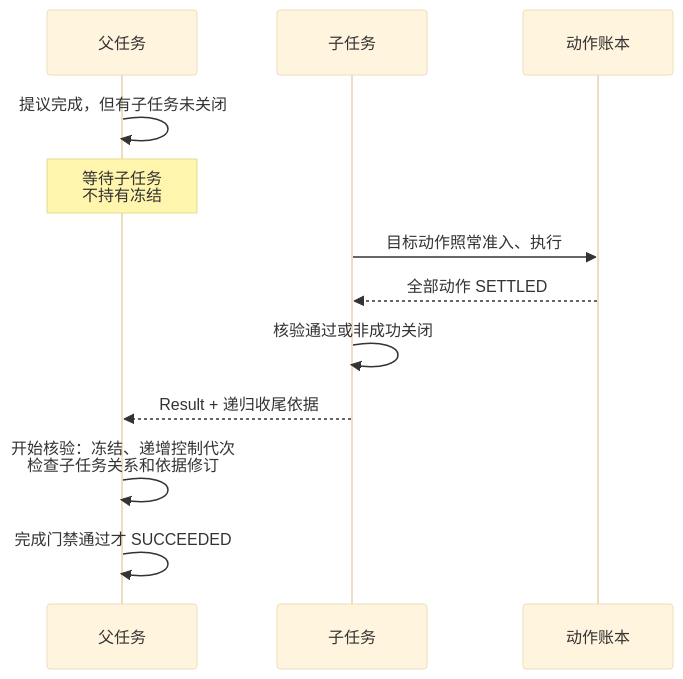
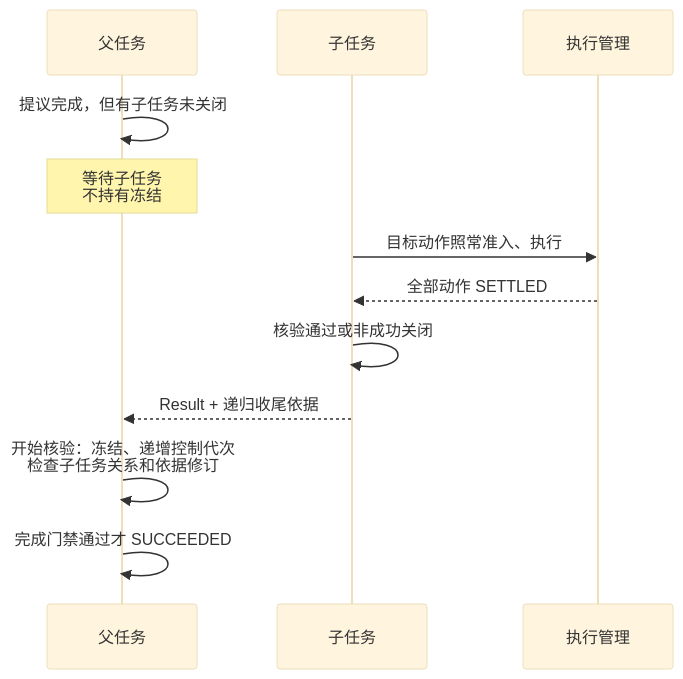
One commit to ruipengliu/lerna changed the second of 3 diagrams in docs/architecture/core/tasks/README.md. Above: the diagram before and after it, drawn with Mermaid (base theme). The commit also changed other lines of this file and 48 other files, not shown here.

Commit message:
docs: clarify architecture contracts and diagrams

````diff
--- a/docs/architecture/core/tasks/README.md
+++ b/docs/architecture/core/tasks/README.md
@@ -309,14 +312,14 @@
 ```mermaid
 sequenceDiagram
     participant P as 父任务
     participant C as 子任务
-    participant L as 动作账本
+    participant L as 执行管理
     P->>P: 提议完成，但有子任务未关闭
     Note over P: 等待子任务<br/>不持有冻结
     C->>L: 目标动作照常准入、执行
     L-->>C: 全部动作 SETTLED
     C->>C: 核验通过或非成功关闭
     C-->>P: Result + 递归收尾依据
     P->>P: 开始核验：冻结、递增控制代次<br/>检查子任务关系和依据修订
     P->>P: 完成门禁通过才 SUCCEEDED
 ```
````
